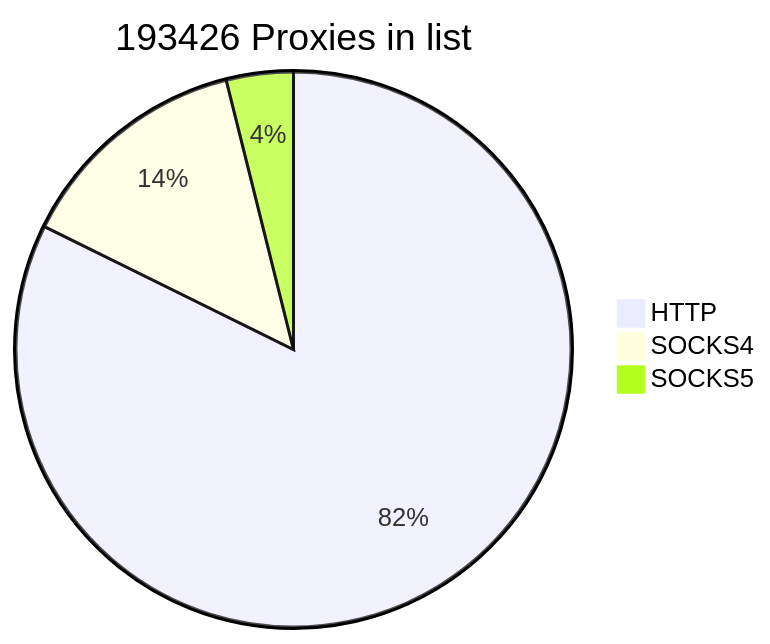
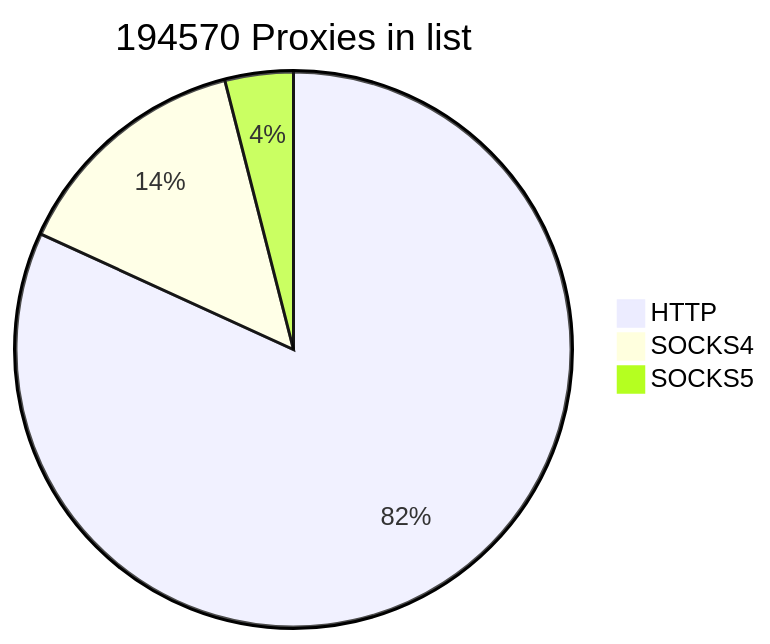
Before and after one commit to cutipu/proxylist: the first of 2 diagrams in README.md, drawn with Mermaid. The commit also changed other lines of this file, not shown here.

````diff
--- a/README.md
+++ b/README.md
@@ -2,7 +2,7 @@
 ```mermaid
-pie title 193426 Proxies in list
-    "HTTP" : 159181
-    "SOCKS4" : 26712
-    "SOCKS5" : 7533
+pie title 194570 Proxies in list
+    "HTTP" : 159201
+    "SOCKS4" : 27632
+    "SOCKS5" : 7737
             
 ```
````
